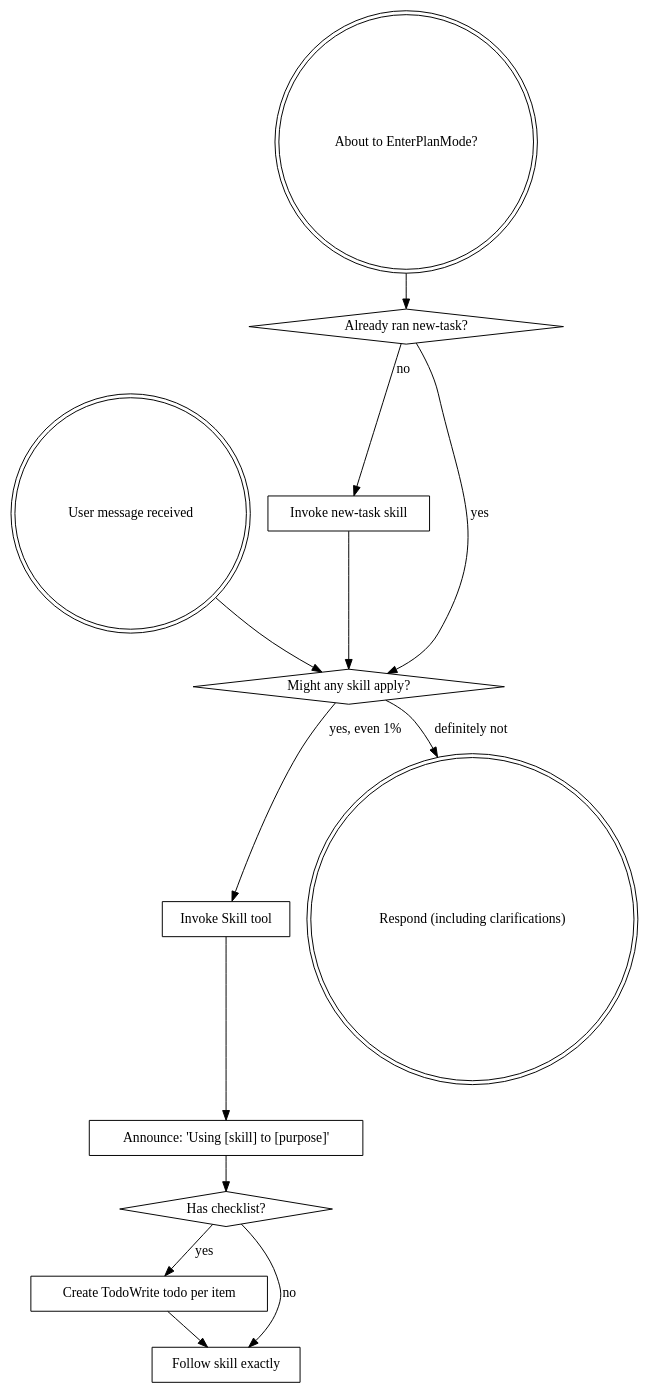
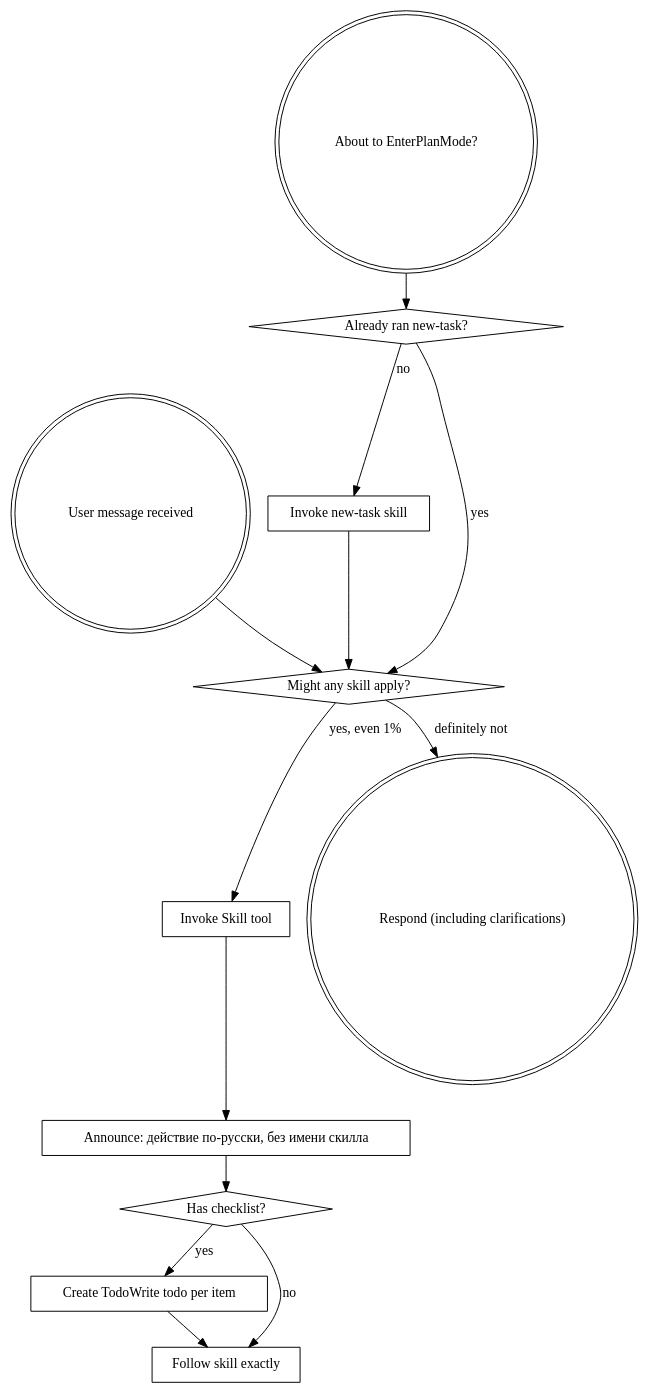
Before and after one commit to anton-ai5010/forge: the diagram in forge-plugin/skills/using-forge/SKILL.md, drawn with Graphviz. The commit also changed 20 other files, not shown here.

````diff
--- a/forge-plugin/skills/using-forge/SKILL.md
+++ b/forge-plugin/skills/using-forge/SKILL.md
@@ -29,29 +29,29 @@
 ```dot
 digraph skill_flow {
     "User message received" [shape=doublecircle];
     "About to EnterPlanMode?" [shape=doublecircle];
     "Already ran new-task?" [shape=diamond];
     "Invoke new-task skill" [shape=box];
     "Might any skill apply?" [shape=diamond];
     "Invoke Skill tool" [shape=box];
-    "Announce: 'Using [skill] to [purpose]'" [shape=box];
+    "Announce: действие по-русски, без имени скилла" [shape=box];
     "Has checklist?" [shape=diamond];
     "Create TodoWrite todo per item" [shape=box];
     "Follow skill exactly" [shape=box];
     "Respond (including clarifications)" [shape=doublecircle];
 
     "About to EnterPlanMode?" -> "Already ran new-task?";
     "Already ran new-task?" -> "Invoke new-task skill" [label="no"];
     "Already ran new-task?" -> "Might any skill apply?" [label="yes"];
     "Invoke new-task skill" -> "Might any skill apply?";
 
     "User message received" -> "Might any skill apply?";
     "Might any skill apply?" -> "Invoke Skill tool" [label="yes, even 1%"];
     "Might any skill apply?" -> "Respond (including clarifications)" [label="definitely not"];
-    "Invoke Skill tool" -> "Announce: 'Using [skill] to [purpose]'";
-    "Announce: 'Using [skill] to [purpose]'" -> "Has checklist?";
+    "Invoke Skill tool" -> "Announce: действие по-русски, без имени скилла";
+    "Announce: действие по-русски, без имени скилла" -> "Has checklist?";
     "Has checklist?" -> "Create TodoWrite todo per item" [label="yes"];
     "Has checklist?" -> "Follow skill exactly" [label="no"];
     "Create TodoWrite todo per item" -> "Follow skill exactly";
 }
 ```
````
